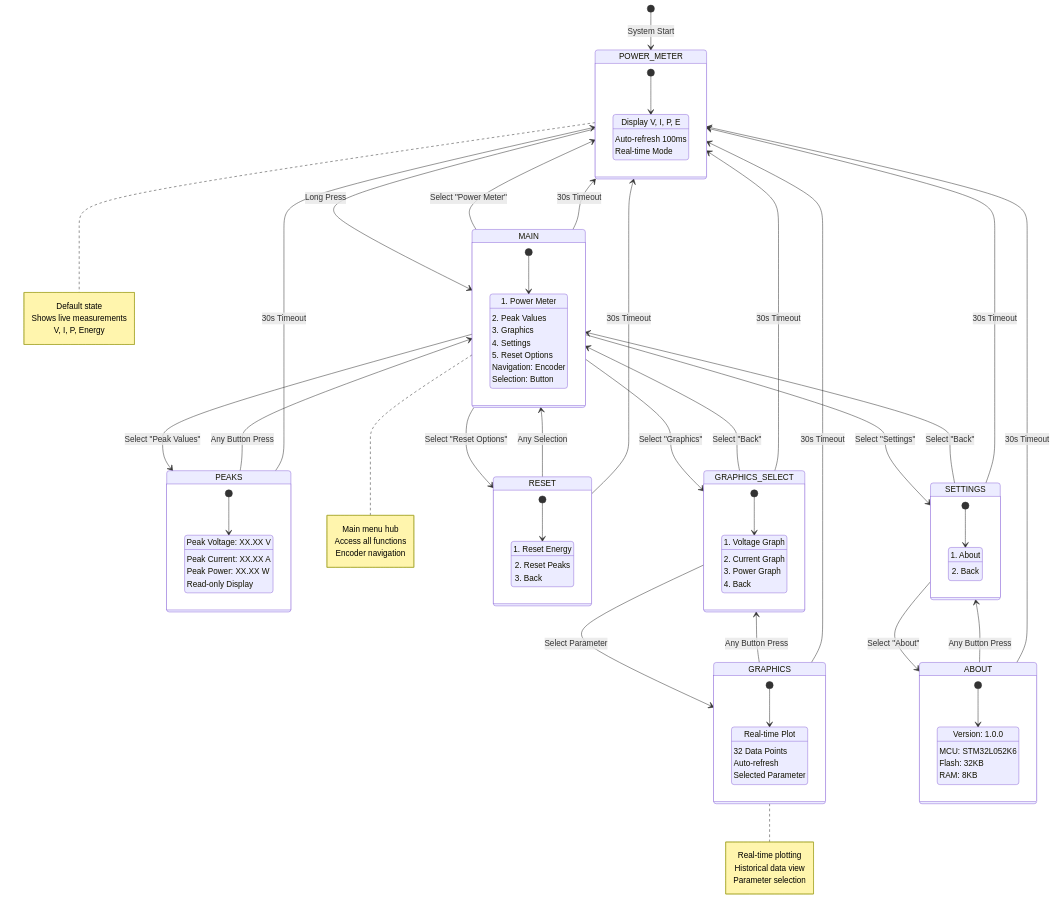
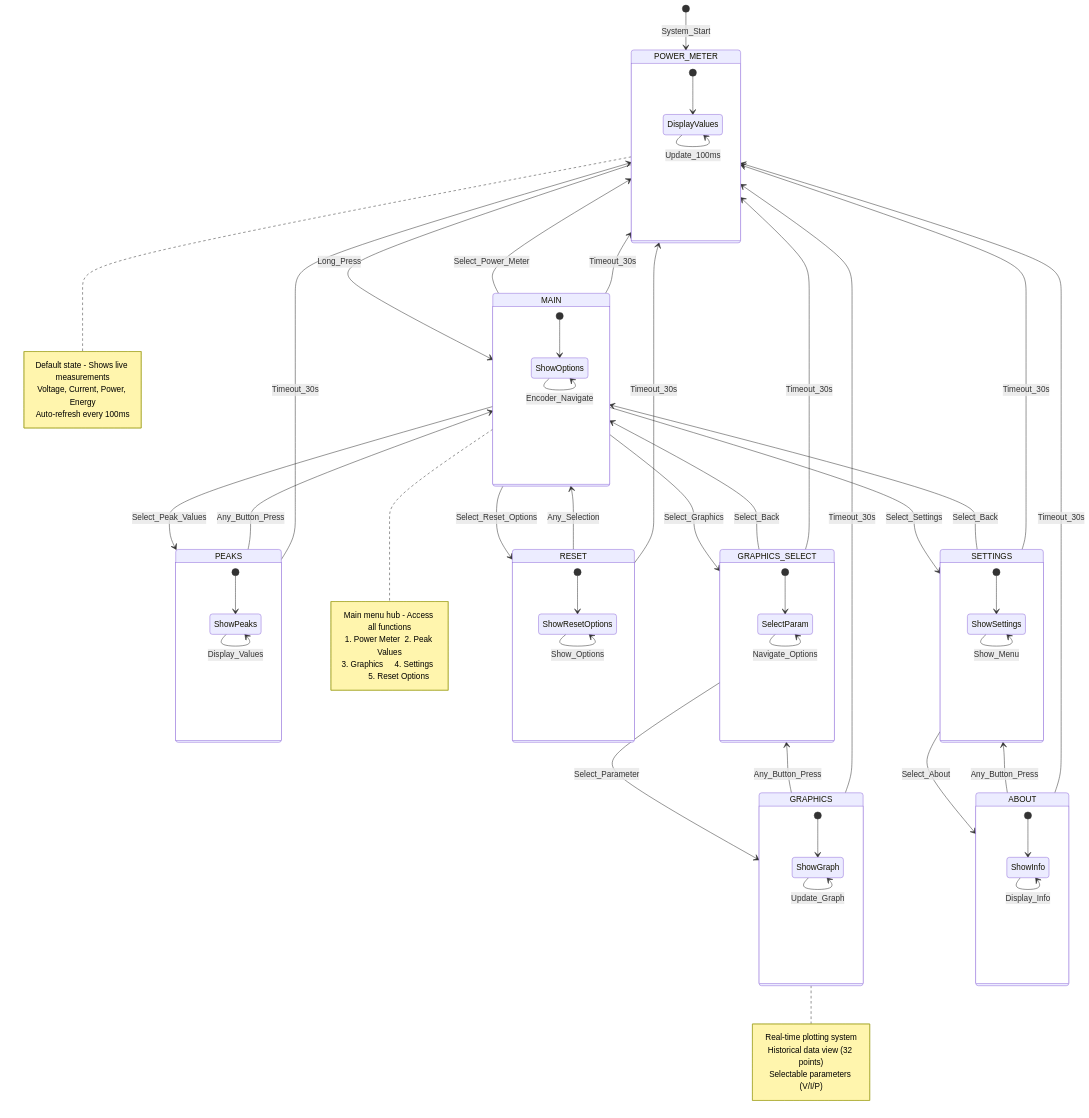
One commit to michaelawea/insa-ge-create-power-meter changed the fourth of 6 diagrams in docs/main_c_mermaid_mindmap.md. Above: the diagram before and after it, drawn with Mermaid.

Commit message:
Fix Menu State Machine Mermaid syntax errors
- Removed invalid state description syntax that caused parsing errors
- Fixed state transitions to use underscore format instead of spaces
- Simplified state internal behaviors to avoid syntax conflicts
- Updated notes to use proper multi-line format
- All diagrams now render correctly without syntax errors

🤖 Generated with [Claude Code](https://claude.ai/code)

````diff
--- a/docs/main_c_mermaid_mindmap.md
+++ b/docs/main_c_mermaid_mindmap.md
@@ -305,118 +305,96 @@
 ```mermaid
 stateDiagram-v2
-    [*] --> POWER_METER : System Start
+    [*] --> POWER_METER : System_Start
     
     state POWER_METER {
         [*] --> DisplayValues
-        DisplayValues : Display V, I, P, E
-        DisplayValues : Auto-refresh 100ms
-        DisplayValues : Real-time Mode
+        DisplayValues --> DisplayValues : Update_100ms
     }
     
     state MAIN {
         [*] --> ShowOptions
-        ShowOptions : 1. Power Meter
-        ShowOptions : 2. Peak Values
-        ShowOptions : 3. Graphics
-        ShowOptions : 4. Settings
-        ShowOptions : 5. Reset Options
-        ShowOptions : Navigation: Encoder
-        ShowOptions : Selection: Button
+        ShowOptions --> ShowOptions : Encoder_Navigate
     }
     
     state PEAKS {
         [*] --> ShowPeaks
-        ShowPeaks : Peak Voltage: XX.XX V
-        ShowPeaks : Peak Current: XX.XX A  
-        ShowPeaks : Peak Power: XX.XX W
-        ShowPeaks : Read-only Display
+        ShowPeaks --> ShowPeaks : Display_Values
     }
     
     state GRAPHICS_SELECT {
         [*] --> SelectParam
-        SelectParam : 1. Voltage Graph
-        SelectParam : 2. Current Graph
-        SelectParam : 3. Power Graph
-        SelectParam : 4. Back
+        SelectParam --> SelectParam : Navigate_Options
     }
     
     state GRAPHICS {
         [*] --> ShowGraph
-        ShowGraph : Real-time Plot
-        ShowGraph : 32 Data Points
-        ShowGraph : Auto-refresh
-        ShowGraph : Selected Parameter
+        ShowGraph --> ShowGraph : Update_Graph
     }
     
     state SETTINGS {
         [*] --> ShowSettings
-        ShowSettings : 1. About
-        ShowSettings : 2. Back
+        ShowSettings --> ShowSettings : Show_Menu
     }
     
     state RESET {
         [*] --> ShowResetOptions
-        ShowResetOptions : 1. Reset Energy
-        ShowResetOptions : 2. Reset Peaks
-        ShowResetOptions : 3. Back
+        ShowResetOptions --> ShowResetOptions : Show_Options
     }
     
     state ABOUT {
         [*] --> ShowInfo
-        ShowInfo : Version: 1.0.0
-        ShowInfo : MCU: STM32L052K6
-        ShowInfo : Flash: 32KB
-        ShowInfo : RAM: 8KB
+        ShowInfo --> ShowInfo : Display_Info
     }
     
-    %% Transitions from POWER_METER
-    POWER_METER --> MAIN : Long Press
+    %% Main transitions
+    POWER_METER --> MAIN : Long_Press
     
-    %% Transitions from MAIN
-    MAIN --> POWER_METER : Select "Power Meter"
-    MAIN --> PEAKS : Select "Peak Values" 
-    MAIN --> GRAPHICS_SELECT : Select "Graphics"
-    MAIN --> SETTINGS : Select "Settings"
-    MAIN --> RESET : Select "Reset Options"
+    %% From MAIN menu
+    MAIN --> POWER_METER : Select_Power_Meter
+    MAIN --> PEAKS : Select_Peak_Values
+    MAIN --> GRAPHICS_SELECT : Select_Graphics
+    MAIN --> SETTINGS : Select_Settings
+    MAIN --> RESET : Select_Reset_Options
     
-    %% Transitions from sub-menus back to MAIN
-    PEAKS --> MAIN : Any Button Press
-    GRAPHICS_SELECT --> MAIN : Select "Back"
-    SETTINGS --> MAIN : Select "Back"
-    RESET --> MAIN : Any Selection
+    %% Return to MAIN
+    PEAKS --> MAIN : Any_Button_Press
+    GRAPHICS_SELECT --> MAIN : Select_Back
+    SETTINGS --> MAIN : Select_Back
+    RESET --> MAIN : Any_Selection
     
     %% Graphics flow
-    GRAPHICS_SELECT --> GRAPHICS : Select Parameter
-    GRAPHICS --> GRAPHICS_SELECT : Any Button Press
+    GRAPHICS_SELECT --> GRAPHICS : Select_Parameter
+    GRAPHICS --> GRAPHICS_SELECT : Any_Button_Press
     
     %% Settings flow
-    SETTINGS --> ABOUT : Select "About"
-    ABOUT --> SETTINGS : Any Button Press
+    SETTINGS --> ABOUT : Select_About
+    ABOUT --> SETTINGS : Any_Button_Press
     
     %% Timeout transitions (30s)
-    MAIN --> POWER_METER : 30s Timeout
-    PEAKS --> POWER_METER : 30s Timeout
-    GRAPHICS_SELECT --> POWER_METER : 30s Timeout
-    GRAPHICS --> POWER_METER : 30s Timeout
-    SETTINGS --> POWER_METER : 30s Timeout
-    RESET --> POWER_METER : 30s Timeout
-    ABOUT --> POWER_METER : 30s Timeout
+    MAIN --> POWER_METER : Timeout_30s
+    PEAKS --> POWER_METER : Timeout_30s
+    GRAPHICS_SELECT --> POWER_METER : Timeout_30s
+    GRAPHICS --> POWER_METER : Timeout_30s
+    SETTINGS --> POWER_METER : Timeout_30s
+    RESET --> POWER_METER : Timeout_30s
+    ABOUT --> POWER_METER : Timeout_30s
     
     note right of POWER_METER
-        Default state
-        Shows live measurements
-        V, I, P, Energy
+        Default state - Shows live measurements
+        Voltage, Current, Power, Energy
+        Auto-refresh every 100ms
     end note
     
     note right of MAIN
-        Main menu hub
-        Access all functions
-        Encoder navigation
+        Main menu hub - Access all functions
+        1. Power Meter  2. Peak Values
+        3. Graphics     4. Settings  
+        5. Reset Options
     end note
     
     note right of GRAPHICS
-        Real-time plotting
-        Historical data view
-        Parameter selection
+        Real-time plotting system
+        Historical data view (32 points)
+        Selectable parameters (V/I/P)
     end note
 ```
````
